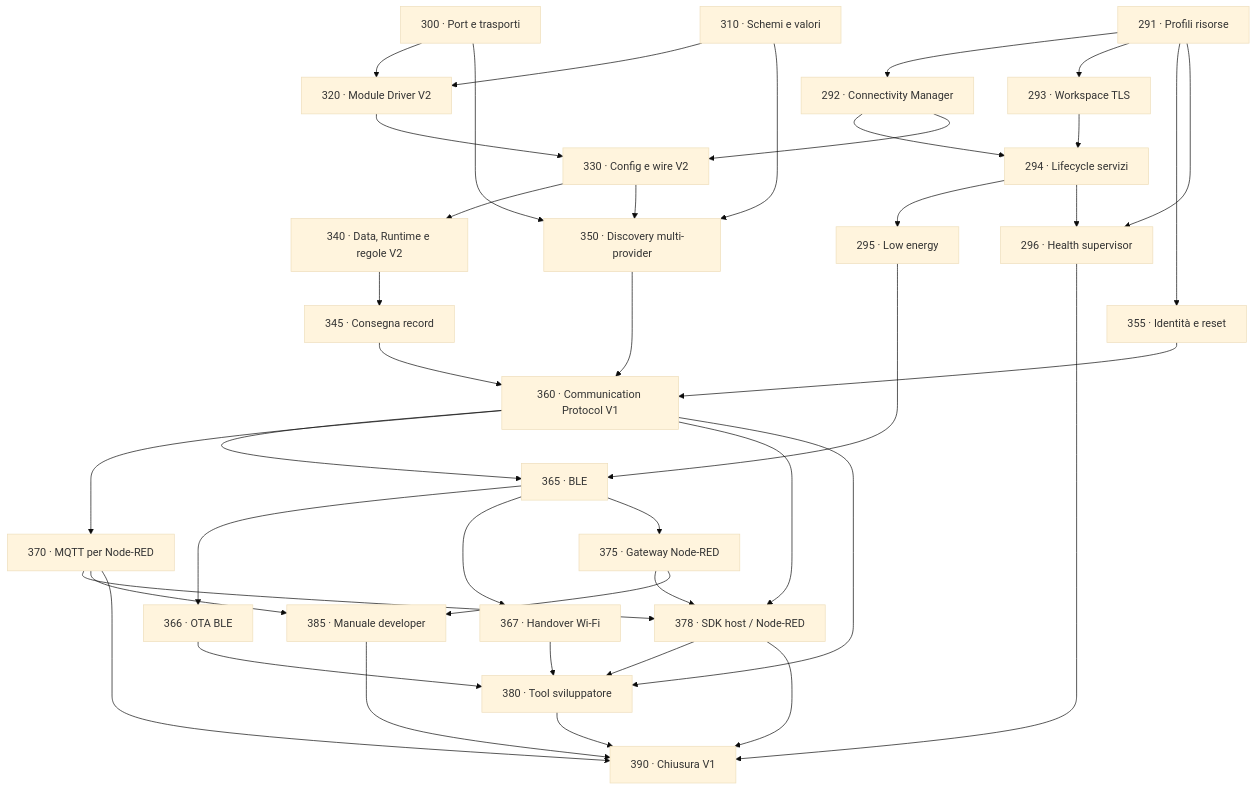
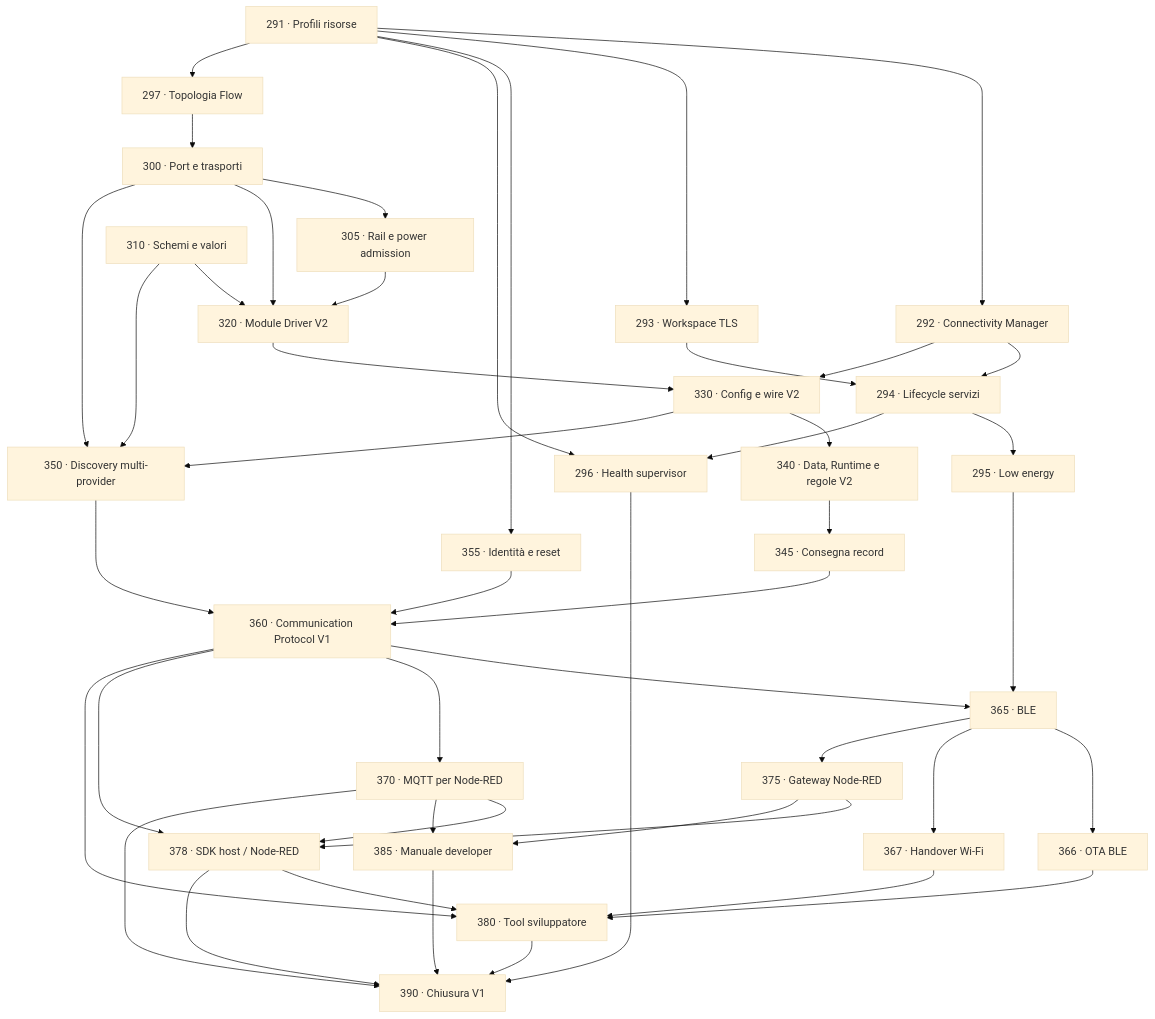
One commit to andreapiccini/SpaghettiLAB changed the diagram in Firmware/core/roadmap/V1-PLATFORM-CLOSURE.md. Above: the diagram before and after it, drawn with Mermaid (base theme). The commit also changed other lines of this file and 14 other files, not shown here.

Commit message:
architecture revision and task update

````diff
--- a/Firmware/core/roadmap/V1-PLATFORM-CLOSURE.md
+++ b/Firmware/core/roadmap/V1-PLATFORM-CLOSURE.md
@@ -86,43 +90,47 @@
 ```mermaid
 flowchart TD
     P291["291 · Profili risorse"] --> P292["292 · Connectivity Manager"]
     P291 --> P293["293 · Workspace TLS"]
     P291 --> P355["355 · Identità e reset"]
     P292 --> P294["294 · Lifecycle servizi"]
     P293 --> P294
     P294 --> P295["295 · Low energy"]
     P291 --> P296["296 · Health supervisor"]
     P294 --> P296
-    P300["300 · Port e trasporti"] --> P320["320 · Module Driver V2"]
+    P291 --> P297["297 · Topologia Flow"]
+    P297 --> P300["300 · Port e trasporti"]
+    P300 --> P305["305 · Rail e power admission"]
+    P300 --> P320["320 · Module Driver V2"]
+    P305 --> P320
     P310["310 · Schemi e valori"] --> P320
     P320 --> P330["330 · Config e wire V2"]
     P292 --> P330
     P330 --> P340["340 · Data, Runtime e regole V2"]
     P340 --> P345["345 · Consegna record"]
     P300 --> P350["350 · Discovery multi-provider"]
     P310 --> P350
     P330 --> P350
     P345 --> P360["360 · Communication Protocol V1"]
     P350 --> P360
     P355 --> P360
     P295 --> P365
     P360 --> P365["365 · BLE"]
     P365 --> P366["366 · OTA BLE"]
     P365 --> P367["367 · Handover Wi-Fi"]
     P360 --> P370["370 · MQTT per Node-RED"]
     P365 --> P375["375 · Gateway Node-RED"]
     P370 --> P378["378 · SDK host / Node-RED"]
     P375 --> P378
     P360 --> P378
     P360 --> P380["380 · Tool sviluppatore"]
     P378 --> P380
     P366 --> P380
     P367 --> P380
     P375 --> P385["385 · Manuale developer"]
     P370 --> P385
     P370 --> P390["390 · Chiusura V1"]
     P380 --> P390
     P296 --> P390
     P378 --> P390
     P385 --> P390
 ```
````
